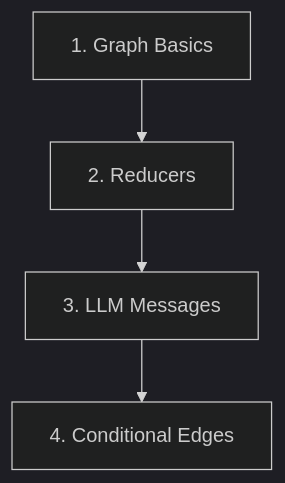
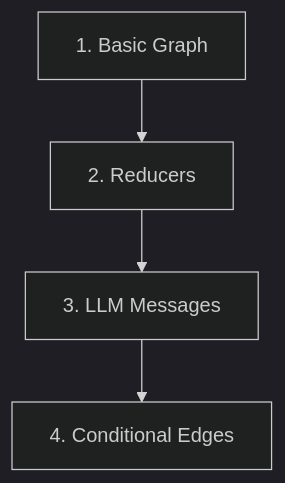
The first of 2 diagrams in README.md (Walid-Ahmed/langgraph-tutorials), drawn with Mermaid (dark theme) before and after one commit. The commit also changed other lines of this file and 4 other files, not shown here.

````diff
--- a/README.md
+++ b/README.md
@@ -13,6 +13,6 @@
 ```mermaid
 flowchart TD
-    A["1. Graph Basics"] --> B["2. Reducers"]
+    A["1. Basic Graph"] --> B["2. Reducers"]
     B --> C["3. LLM Messages"]
     C --> D["4. Conditional Edges"]
 ```
````
